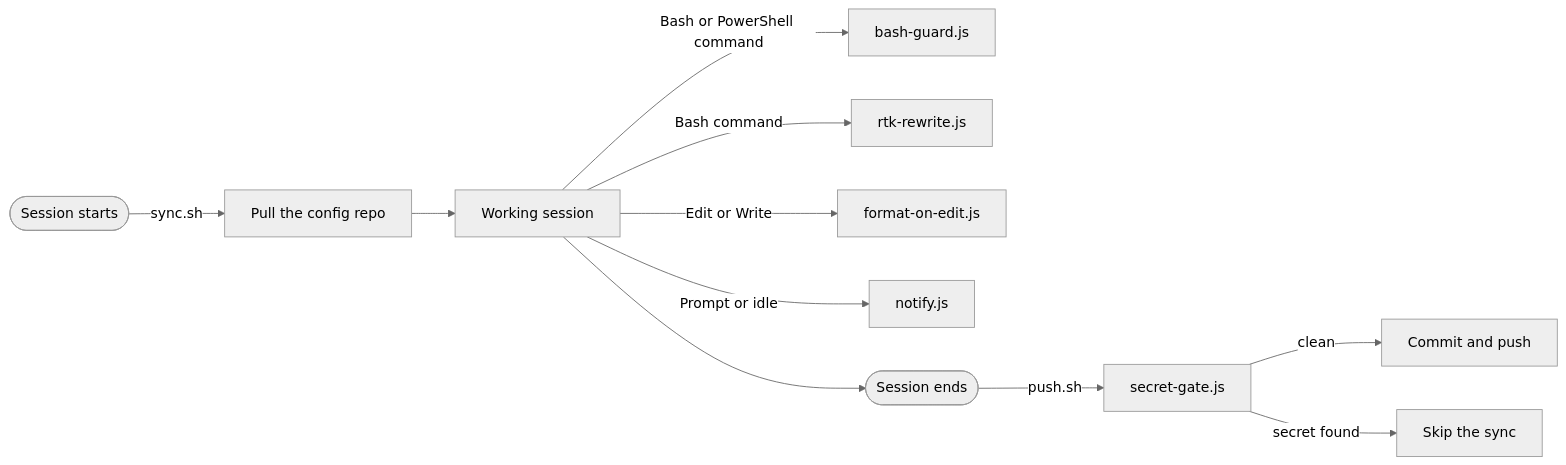
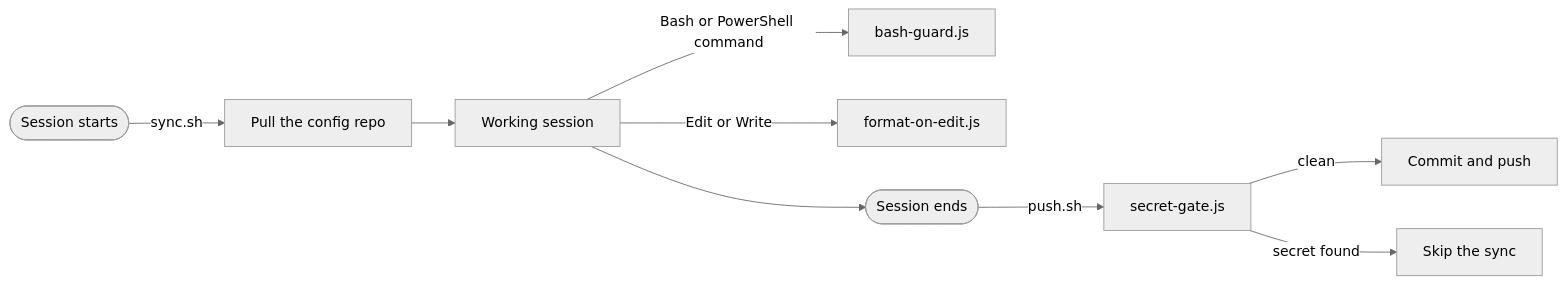
One commit to veqzo/claude-code-setup changed the third of 3 diagrams in README.md. Above: the diagram before and after it, drawn with Mermaid (neutral theme). The commit also changed other lines of this file and 3 other files, not shown here.

````diff
--- a/README.md
+++ b/README.md
@@ -105,13 +159,11 @@
 ```mermaid
 flowchart LR
     S([Session starts]) -->|sync.sh| P[Pull the config repo]
     P --> W[Working session]
     W -->|Bash or PowerShell command| G[bash-guard.js]
-    W -->|Bash command| RT[rtk-rewrite.js]
     W -->|Edit or Write| F[format-on-edit.js]
-    W -->|Prompt or idle| N[notify.js]
     W --> E([Session ends])
     E -->|push.sh| SG[secret-gate.js]
     SG -->|clean| C[Commit and push]
     SG -->|secret found| K[Skip the sync]
 ```
````
